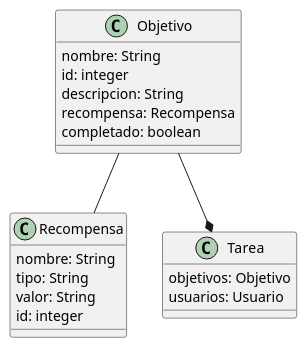
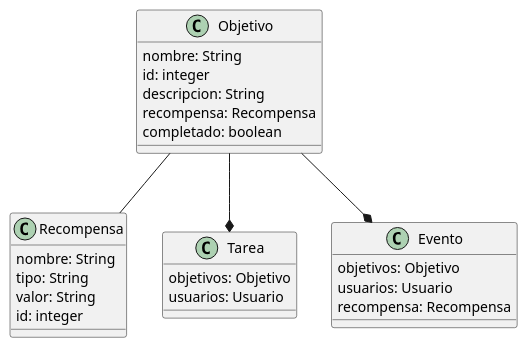
One commit to IngenieriaZ/CU-y-Clases changed the diagram in Class.md. Above: the diagram before and after it, drawn with PlantUML. The commit also changed other lines of this file, not shown here.

Commit message:
diagrama de clases v2

```diff
--- a/Class.md
+++ b/Class.md
@@ -3,28 +2,36 @@
 @startuml
 
 class Objetivo{
   nombre: String
   id: integer
   descripcion: String
   recompensa: Recompensa
   completado: boolean
   }
   
 Objetivo -- Recompensa
 
 class Recompensa{
   nombre: String
   tipo: String
   valor: String
   id: integer
 
 
 }
 Objetivo --* Tarea
 class Tarea{
   objetivos: Objetivo
   usuarios: Usuario
   
 }
 
+Objetivo --* Evento
+class Evento{
+  objetivos: Objetivo
+  usuarios: Usuario
+  recompensa: Recompensa
+  
+}
+
 @enduml
```
